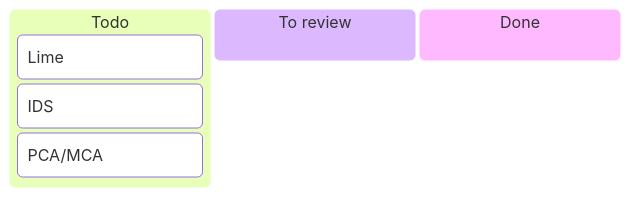
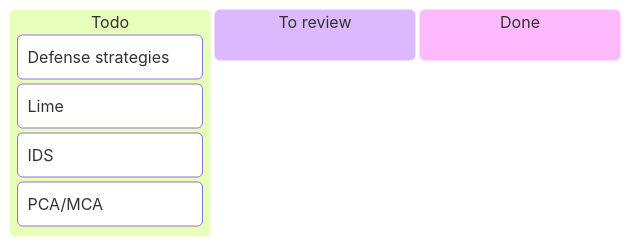
One commit to onlyidev/bachelor.thesis changed the first of 2 diagrams in README.md. Above: the diagram before and after it, drawn with Mermaid. The commit also changed 11 other files, not shown here.

Commit message:
feat(literature): Added main defense strategies from survey 2021

````diff
--- a/README.md
+++ b/README.md
@@ -4,10 +4,11 @@
 ```mermaid
 kanban
 todo["Todo"]
+ strats["Defense strategies"]
  Lime
  IDS
  PCA/MCA
 
 review["To review"]
 done["Done"]
 ```
````
